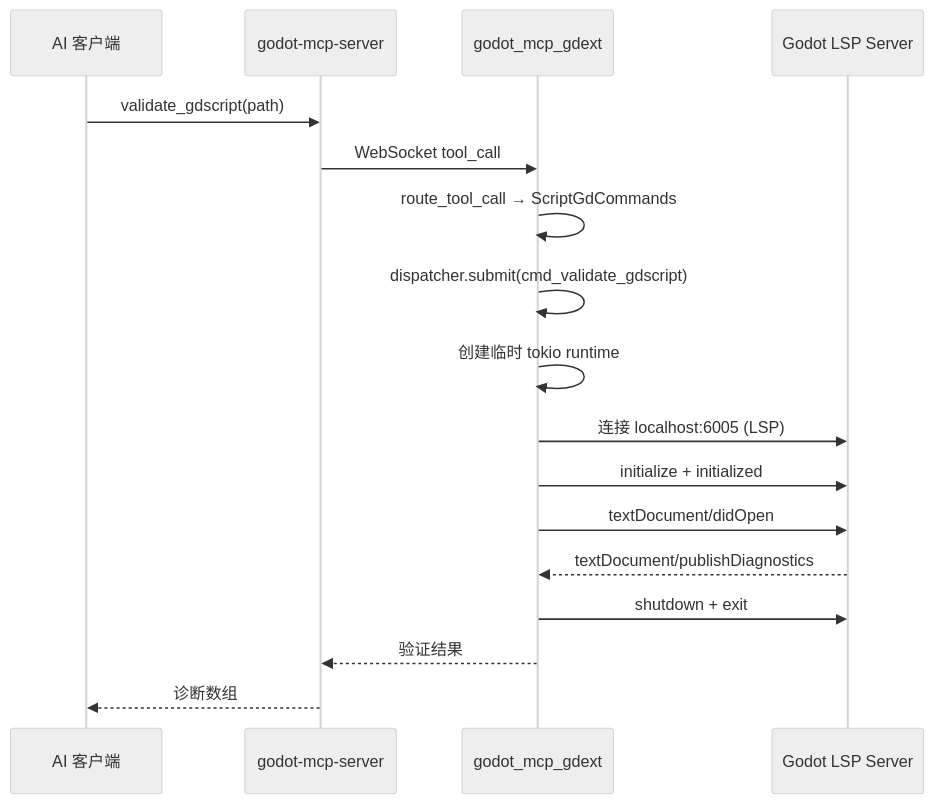
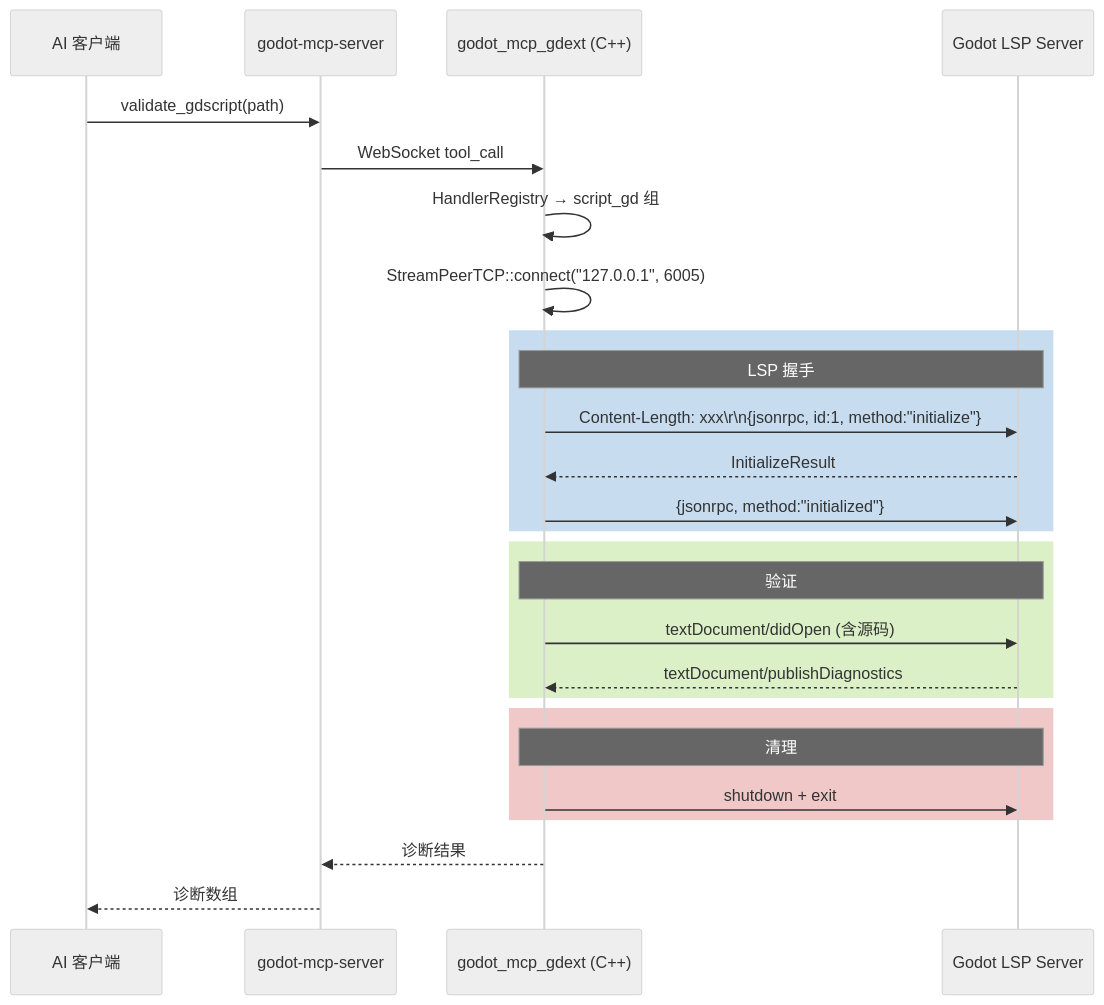
The diagram in .repo_wiki/modules/lsp-client.md (jesspig/GodotMCP-GDExtension), drawn with Mermaid (neutral theme) before and after one commit. The commit also changed other lines of this file and 27 other files, not shown here.

````diff
--- a/.repo_wiki/modules/lsp-client.md
+++ b/.repo_wiki/modules/lsp-client.md
@@ -7,20 +9,33 @@
 ```mermaid
 sequenceDiagram
     participant AI as AI 客户端
     participant Server as godot-mcp-server
-    participant GDExt as godot_mcp_gdext
+    participant GDExt as godot_mcp_gdext (C++)
     participant LSP as Godot LSP Server
     
     AI->>Server: validate_gdscript(path)
     Server->>GDExt: WebSocket tool_call
-    GDExt->>GDExt: route_tool_call → ScriptGdCommands
-    GDExt->>GDExt: dispatcher.submit(cmd_validate_gdscript)
-    GDExt->>GDExt: 创建临时 tokio runtime
-    GDExt->>LSP: 连接 localhost:6005 (LSP)
-    GDExt->>LSP: initialize + initialized
-    GDExt->>LSP: textDocument/didOpen
-    LSP-->>GDExt: textDocument/publishDiagnostics
-    GDExt->>LSP: shutdown + exit
-    GDExt-->>Server: 验证结果
+    GDExt->>GDExt: HandlerRegistry → script_gd 组
+    GDExt->>GDExt: StreamPeerTCP::connect("127.0.0.1", 6005)
+    
+    rect rgb(200, 220, 240)
+        Note over GDExt,LSP: LSP 握手
+        GDExt->>LSP: Content-Length: xxx\r\n{jsonrpc, id:1, method:"initialize"}
+        LSP-->>GDExt: InitializeResult
+        GDExt->>LSP: {jsonrpc, method:"initialized"}
+    end
+    
+    rect rgb(220, 240, 200)
+        Note over GDExt,LSP: 验证
+        GDExt->>LSP: textDocument/didOpen (含源码)
+        LSP-->>GDExt: textDocument/publishDiagnostics
+    end
+    
+    rect rgb(240, 200, 200)
+        Note over GDExt,LSP: 清理
+        GDExt->>LSP: shutdown + exit
+    end
+    
+    GDExt-->>Server: 诊断结果
     Server-->>AI: 诊断数组
 ```
````
